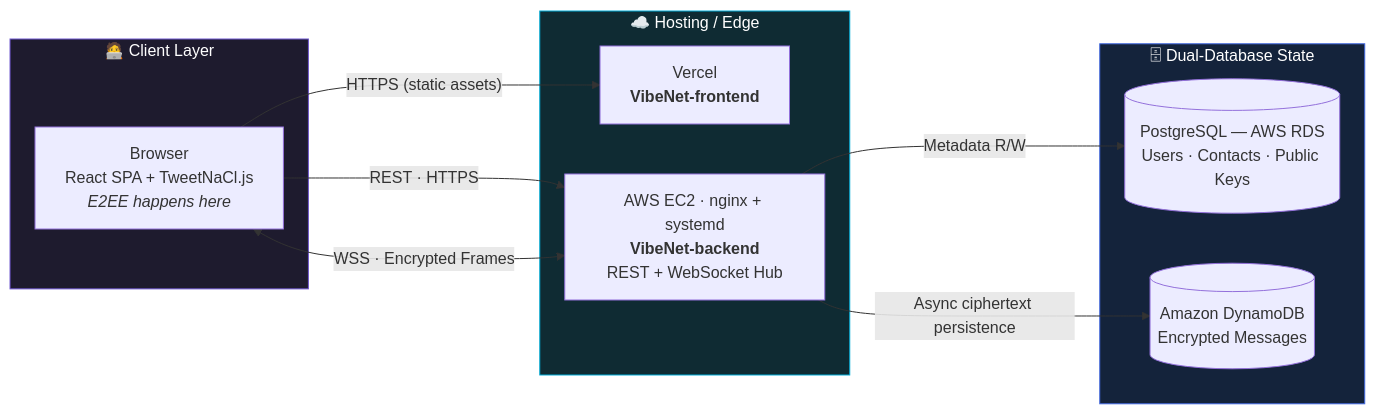
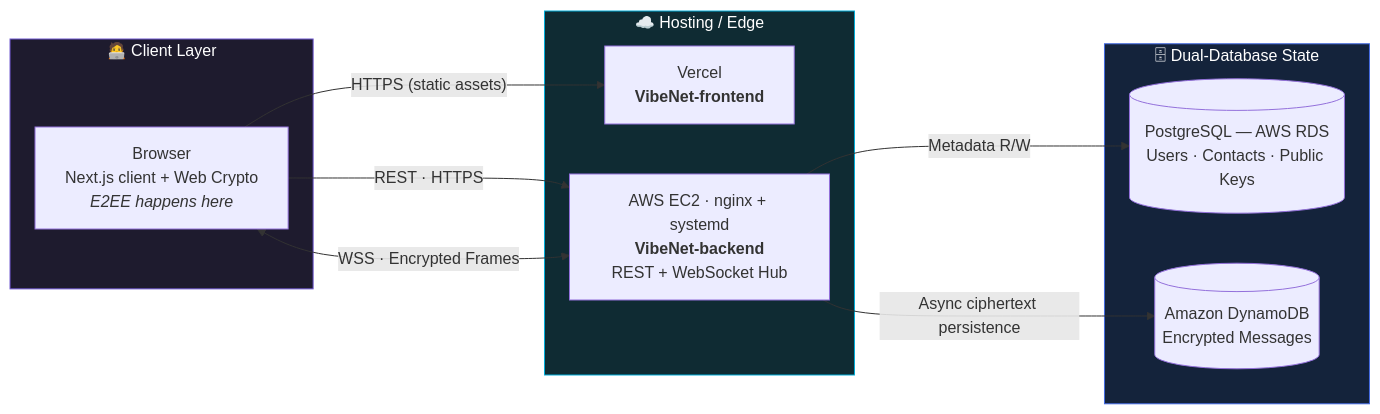
The second of 6 diagrams in README.md (ChamathDilshanC/VibeNet-Main), drawn with Mermaid before and after one commit. The commit also changed other lines of this file and 1 other file, not shown here.

````diff
--- a/README.md
+++ b/README.md
@@ -75,26 +90,26 @@
 ```mermaid
 flowchart LR
     subgraph CLIENT["🧑‍💻 Client Layer"]
-        BROWSER["Browser<br/>React SPA + TweetNaCl.js<br/><i>E2EE happens here</i>"]
+        BROWSER["Browser<br/>Next.js client + Web Crypto<br/><i>E2EE happens here</i>"]
     end
 
     subgraph EDGE["☁️ Hosting / Edge"]
         VERCEL["Vercel<br/><b>VibeNet-frontend</b>"]
         EC2["AWS EC2 · nginx + systemd<br/><b>VibeNet-backend</b><br/>REST + WebSocket Hub"]
     end
 
     subgraph DATA["🗄 Dual-Database State"]
         PG[("PostgreSQL — AWS RDS<br/>Users · Contacts · Public Keys")]
         DDB[("Amazon DynamoDB<br/>Encrypted Messages")]
     end
 
     BROWSER -->|"HTTPS (static assets)"| VERCEL
     BROWSER -->|"REST · HTTPS"| EC2
     BROWSER <-->|"WSS · Encrypted Frames"| EC2
     EC2 -->|"Metadata R/W"| PG
     EC2 -->|"Async ciphertext persistence"| DDB
 
     style CLIENT fill:#1e1b2e,stroke:#6E56CF,color:#fff
     style EDGE fill:#0f2b33,stroke:#00ADD8,color:#fff
     style DATA fill:#14233b,stroke:#4169E1,color:#fff
 ```
````
